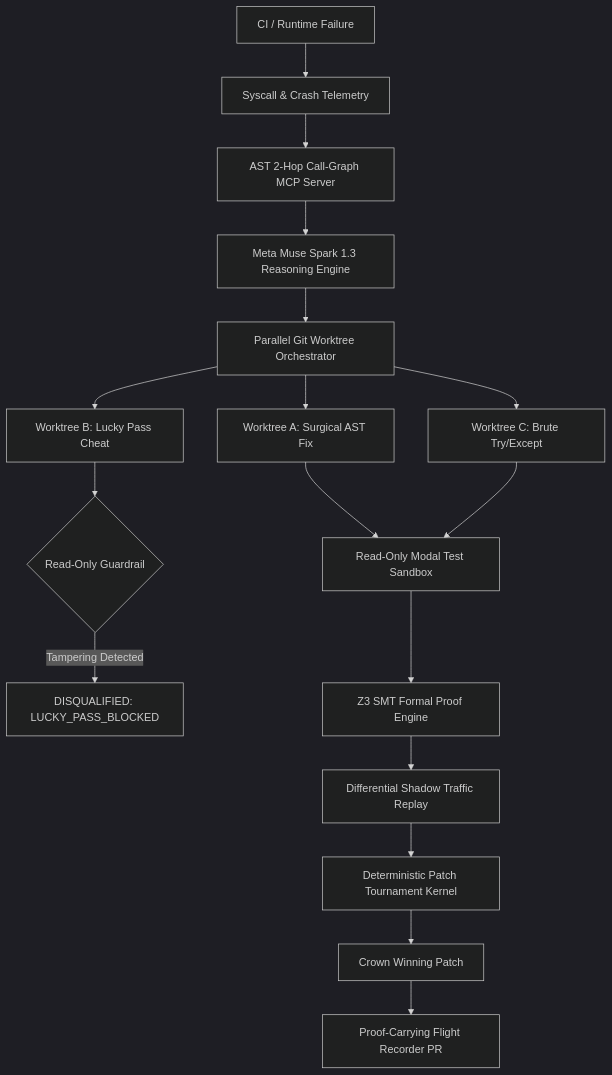
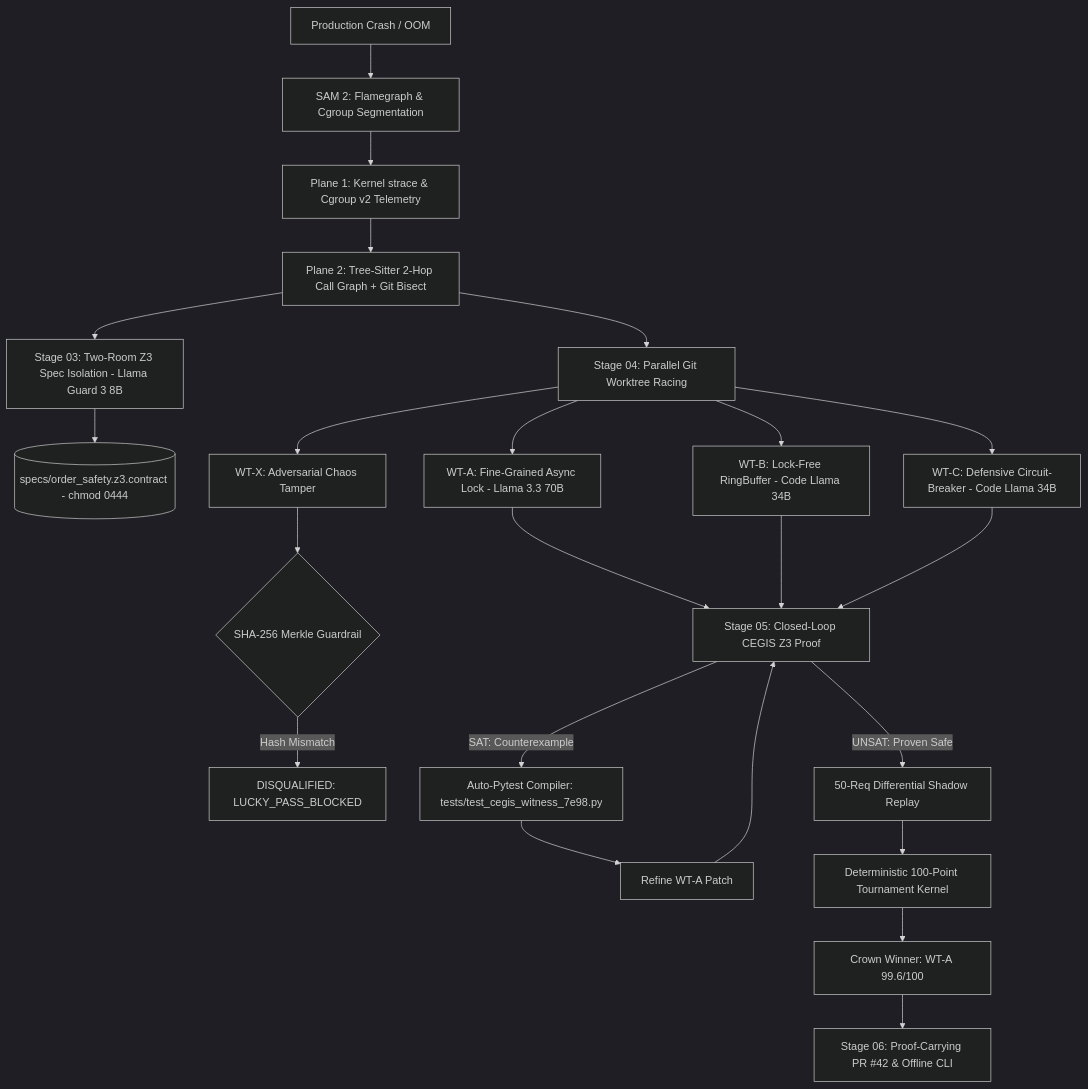
Before and after one commit to Mahesh-Paul/AutoPatch-Kernel-Autonomous-Self-Healing-Codebase-Agent-Built-on-MCP: the diagram in ARCHITECTURE.md, drawn with Mermaid (dark theme). The commit also changed other lines of this file and 2 other files, not shown here.

Commit message:
docs: complete 6-stage end-to-end workflow, 5 pillars, and systems innovations

````diff
--- a/ARCHITECTURE.md
+++ b/ARCHITECTURE.md
@@ -23,24 +24,31 @@
 ```mermaid
 flowchart TD
-    Crash[CI / Runtime Failure] --> Telemetry[Syscall & Crash Telemetry]
-    Telemetry --> AST_MCP[AST 2-Hop Call-Graph MCP Server]
-    AST_MCP --> Reasoning[Meta Muse Spark 1.3 Reasoning Engine]
+    Incident[Production Crash / OOM] --> SAM2[SAM 2: Flamegraph & Cgroup Segmentation]
+    SAM2 --> KernelTelemetry[Plane 1: Kernel strace & Cgroup v2 Telemetry]
+    KernelTelemetry --> AST_MCP[Plane 2: Tree-Sitter 2-Hop Call Graph + Git Bisect]
     
-    Reasoning --> Orchestrator[Parallel Git Worktree Orchestrator]
-    Orchestrator --> WT_A[Worktree A: Surgical AST Fix]
-    Orchestrator --> WT_B[Worktree B: Lucky Pass Cheat]
-    Orchestrator --> WT_C[Worktree C: Brute Try/Except]
+    AST_MCP --> SpecRoom[Stage 03: Two-Room Z3 Spec Isolation - Llama Guard 3 8B]
+    SpecRoom --> SpecSealed[(specs/order_safety.z3.contract - chmod 0444)]
     
-    WT_A --> Sandbox[Read-Only Modal Test Sandbox]
-    WT_B --> Guardrail{Read-Only Guardrail}
-    WT_C --> Sandbox
+    AST_MCP --> Worktrees[Stage 04: Parallel Git Worktree Racing]
+    Worktrees --> WT_A[WT-A: Fine-Grained Async Lock - Llama 3.3 70B]
+    Worktrees --> WT_B[WT-B: Lock-Free RingBuffer - Code Llama 34B]
+    Worktrees --> WT_C[WT-C: Defensive Circuit-Breaker - Code Llama 34B]
+    Worktrees --> WT_X[WT-X: Adversarial Chaos Tamper]
     
-    Guardrail -- Tampering Detected --> Reject_B[DISQUALIFIED: LUCKY_PASS_BLOCKED]
+    WT_X --> MerkleGuard{SHA-256 Merkle Guardrail}
+    MerkleGuard -- Hash Mismatch --> Disqualify[DISQUALIFIED: LUCKY_PASS_BLOCKED]
     
-    Sandbox --> Z3[Z3 SMT Formal Proof Engine]
-    Z3 --> Shadow[Differential Shadow Traffic Replay]
-    Shadow --> Tournament[Deterministic Patch Tournament Kernel]
+    WT_A --> CEGIS[Stage 05: Closed-Loop CEGIS Z3 Proof]
+    WT_B --> CEGIS
+    WT_C --> CEGIS
     
-    Tournament --> Winner[Crown Winning Patch]
-    Winner --> PR[Proof-Carrying Flight Recorder PR]
+    CEGIS -- SAT: Counterexample --> AutoTest[Auto-Pytest Compiler: tests/test_cegis_witness_7e98.py]
+    AutoTest --> Refine[Refine WT-A Patch]
+    Refine --> CEGIS
+    
+    CEGIS -- UNSAT: Proven Safe --> Shadow[50-Req Differential Shadow Replay]
+    Shadow --> Tournament[Deterministic 100-Point Tournament Kernel]
+    Tournament --> Winner[Crown Winner: WT-A 99.6/100]
+    Winner --> PR[Stage 06: Proof-Carrying PR #42 & Offline CLI]
 ```
````
